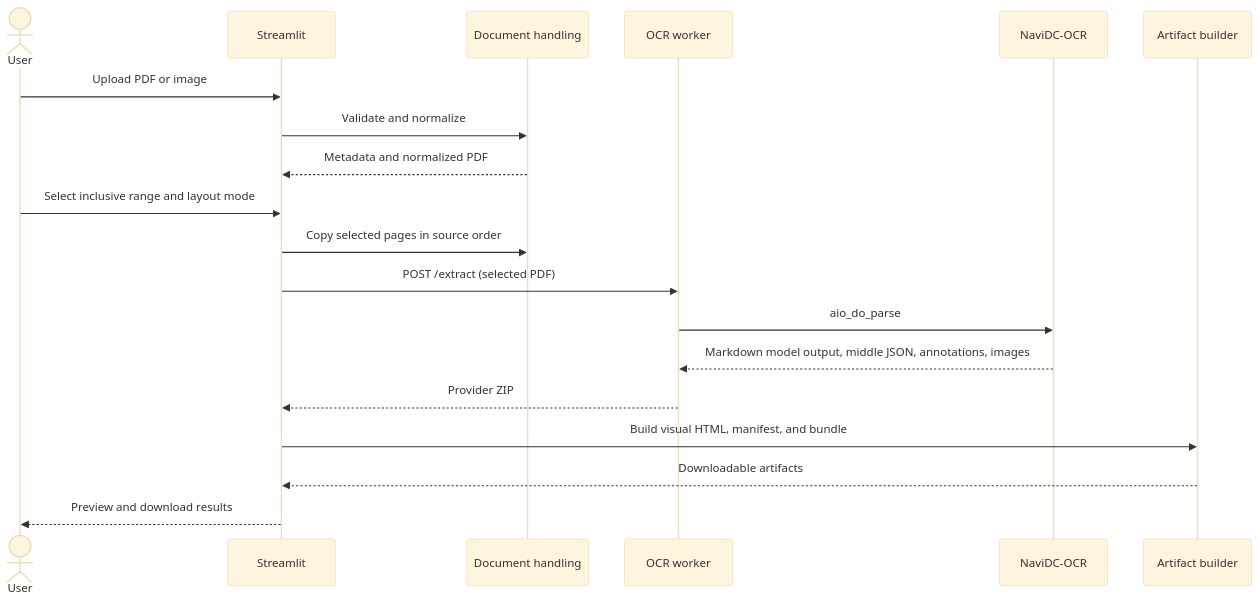
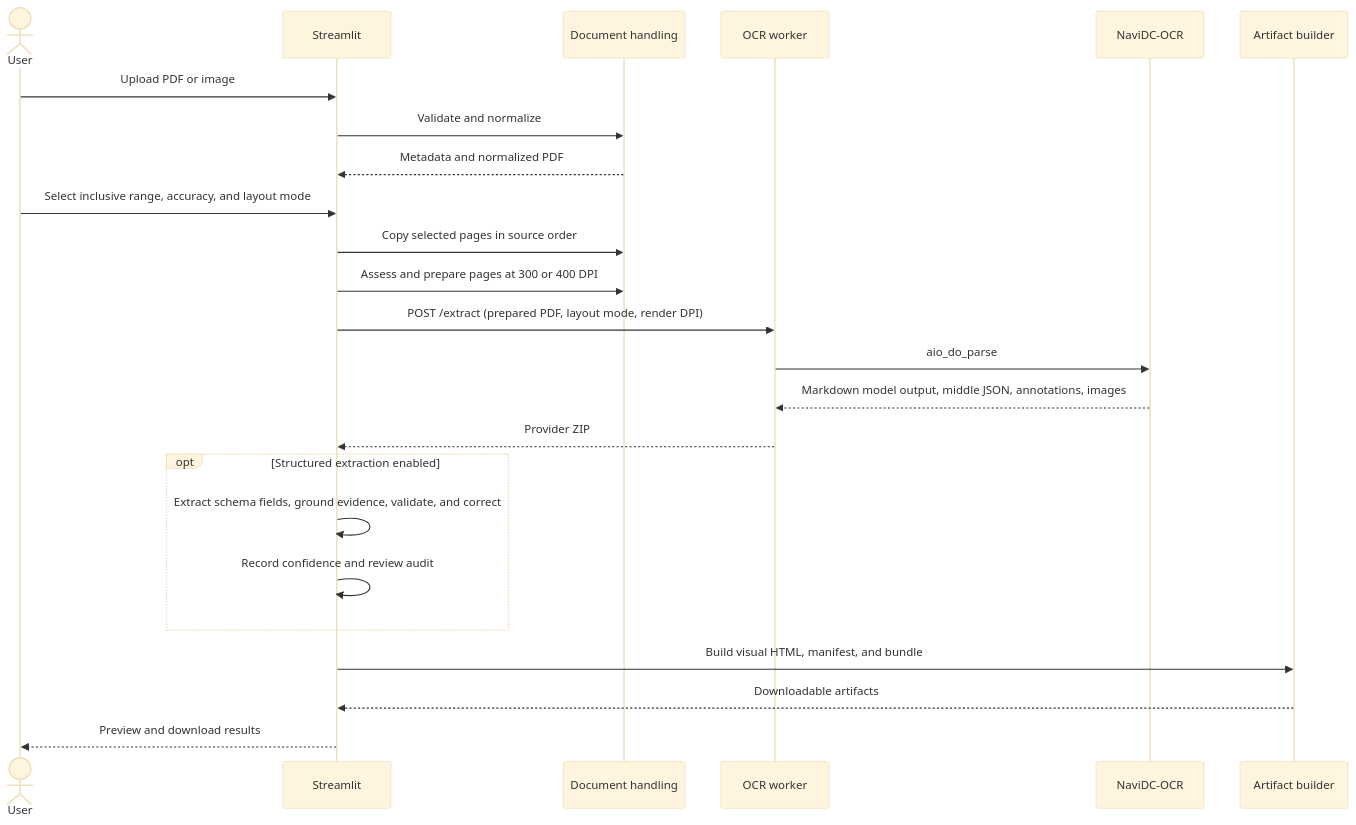
One commit to pypi-ahmad/NaviDC-OCR-Agentic-Document-Extraction changed the second of 2 diagrams in docs/architecture.md. Above: the diagram before and after it, drawn with Mermaid (base theme). The commit also changed other lines of this file and 12 other files, not shown here.

````diff
--- a/docs/architecture.md
+++ b/docs/architecture.md
@@ -54,22 +67,27 @@
 ```mermaid
 sequenceDiagram
     actor User
     participant UI as Streamlit
     participant Doc as Document handling
     participant API as OCR worker
     participant OCR as NaviDC-OCR
     participant Build as Artifact builder
 
     User->>UI: Upload PDF or image
     UI->>Doc: Validate and normalize
     Doc-->>UI: Metadata and normalized PDF
-    User->>UI: Select inclusive range and layout mode
+    User->>UI: Select inclusive range, accuracy, and layout mode
     UI->>Doc: Copy selected pages in source order
-    UI->>API: POST /extract (selected PDF)
+    UI->>Doc: Assess and prepare pages at 300 or 400 DPI
+    UI->>API: POST /extract (prepared PDF, layout mode, render DPI)
     API->>OCR: aio_do_parse
     OCR-->>API: Markdown model output, middle JSON, annotations, images
     API-->>UI: Provider ZIP
+    opt Structured extraction enabled
+        UI->>UI: Extract schema fields, ground evidence, validate, and correct
+        UI->>UI: Record confidence and review audit
+    end
     UI->>Build: Build visual HTML, manifest, and bundle
     Build-->>UI: Downloadable artifacts
     UI-->>User: Preview and download results
 ```
````
